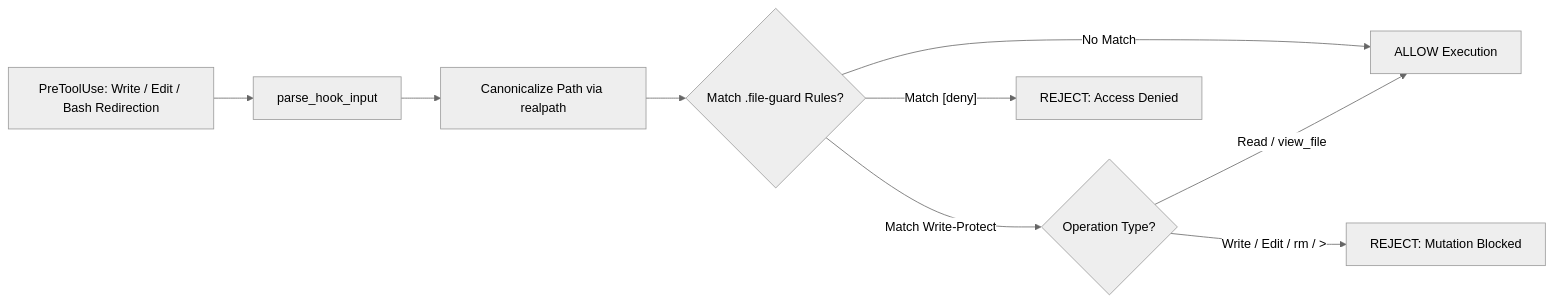
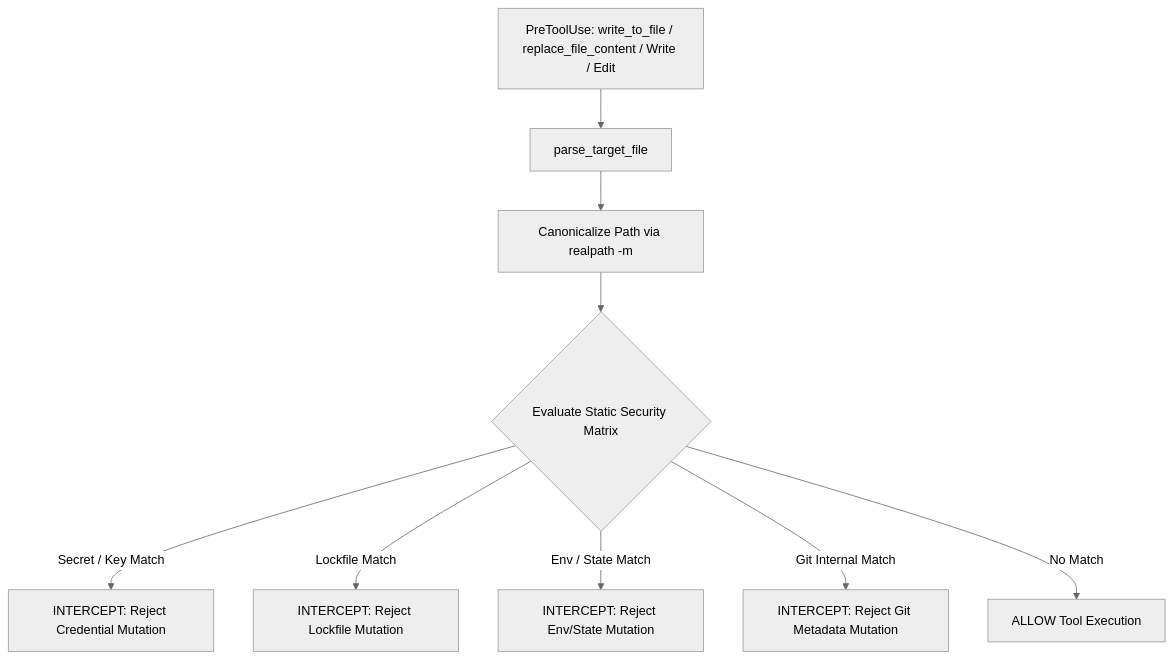
One commit to DeokhoKim/performance-agent-standard changed the second of 2 diagrams in REPORT.md. Above: the diagram before and after it, drawn with Mermaid (neutral theme). The commit also changed other lines of this file, not shown here.

First line of the commit message:
docs(report): synthesize file-guard architecture

````diff
--- a/REPORT.md
+++ b/REPORT.md
@@ -312,11 +317,11 @@
 ```mermaid
-flowchart LR
-    A[PreToolUse: Write / Edit / Bash Redirection] --> B[parse_hook_input]
-    B --> C[Canonicalize Path via realpath]
-    C --> D{Match .file-guard Rules?}
-    D -- No Match --> E[ALLOW Execution]
-    D -- Match Write-Protect --> F{Operation Type?}
-    F -- Read / view_file --> E
-    F -- Write / Edit / rm / > --> G[REJECT: Mutation Blocked]
-    D -- Match [deny] --> H[REJECT: Access Denied]
+flowchart TD
+    A[PreToolUse: write_to_file / replace_file_content / Write / Edit] --> B[parse_target_file]
+    B --> C[Canonicalize Path via realpath -m]
+    C --> D{Evaluate Static Security Matrix}
+    D -- Secret / Key Match --> E[INTERCEPT: Reject Credential Mutation]
+    D -- Lockfile Match --> F[INTERCEPT: Reject Lockfile Mutation]
+    D -- Env / State Match --> G[INTERCEPT: Reject Env/State Mutation]
+    D -- Git Internal Match --> H[INTERCEPT: Reject Git Metadata Mutation]
+    D -- No Match --> I[ALLOW Tool Execution]
 ```
````
